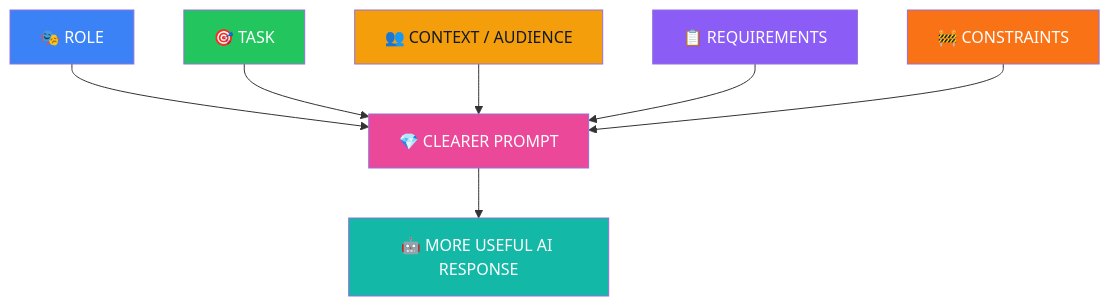
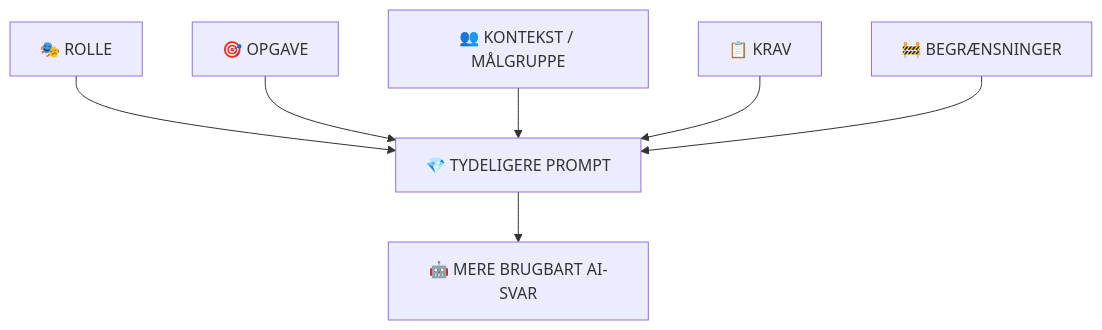
The sixth of 6 diagrams in Ugeplan 3 - Store Sprogmodeller & Prompt Engineering/Artikler/What is Prompt Engineering.md (zk222ac001/Python-Programmering-med-AI-and-Agentic-Systems), drawn with Mermaid before and after one commit. The commit also changed other lines of this file, not shown here.

Commit message:
Oversæt artikel om prompt engineering til dansk

````diff
--- a/Ugeplan 3 - Store Sprogmodeller & Prompt Engineering/Artikler/What is Prompt Engineering.md
+++ b/Ugeplan 3 - Store Sprogmodeller & Prompt Engineering/Artikler/What is Prompt Engineering.md
@@ -909,25 +844,9 @@
 ```mermaid
 flowchart TB
-    A["🎭 ROLE"]
-    B["🎯 TASK"]
-    C["👥 CONTEXT / AUDIENCE"]
-    D["📋 REQUIREMENTS"]
-    E["🚧 CONSTRAINTS"]
-    F["💎 CLEARER PROMPT"]
-    G["🤖 MORE USEFUL AI RESPONSE"]
-
-    A --> F
-    B --> F
-    C --> F
-    D --> F
-    E --> F
-    F --> G
-
-    style A fill:#3b82f6,color:#ffffff
-    style B fill:#22c55e,color:#ffffff
-    style C fill:#f59e0b,color:#111827
-    style D fill:#8b5cf6,color:#ffffff
-    style E fill:#f97316,color:#ffffff
-    style F fill:#ec4899,color:#ffffff
-    style G fill:#14b8a6,color:#ffffff
+    A["🎭 ROLLE"] --> F["💎 TYDELIGERE PROMPT"]
+    B["🎯 OPGAVE"] --> F
+    C["👥 KONTEKST / MÅLGRUPPE"] --> F
+    D["📋 KRAV"] --> F
+    E["🚧 BEGRÆNSNINGER"] --> F
+    F --> G["🤖 MERE BRUGBART AI-SVAR"]
 ```
````
